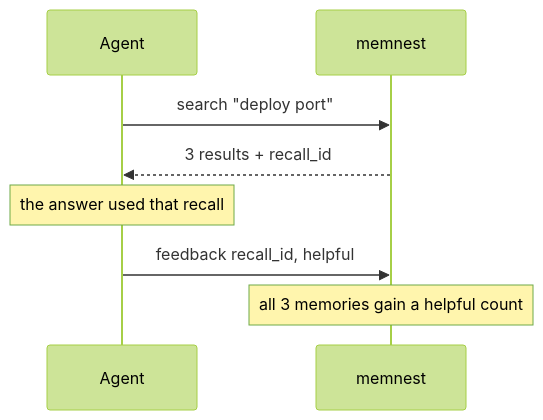
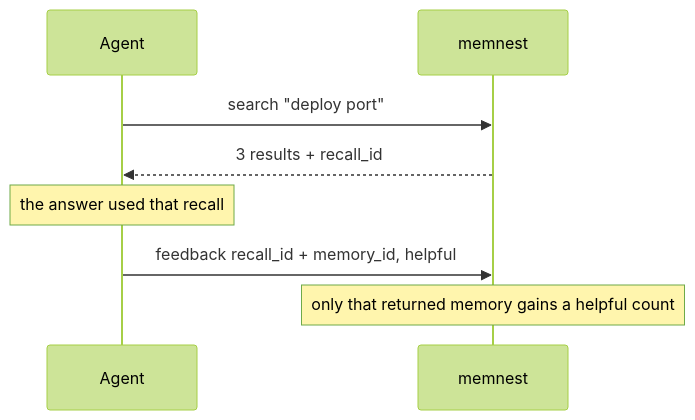
Before and after one commit to Blue-B/memnest: the first of 2 diagrams in README.md, drawn with Mermaid (forest theme). The commit also changed other lines of this file and 20 other files, not shown here.

````diff
--- a/README.md
+++ b/README.md
@@ -59,10 +59,10 @@
 ```mermaid
 sequenceDiagram
     participant Agent
     participant memnest
     Agent->>memnest: search "deploy port"
     memnest-->>Agent: 3 results + recall_id
     Note over Agent: the answer used that recall
-    Agent->>memnest: feedback recall_id, helpful
-    Note over memnest: all 3 memories gain a helpful count
+    Agent->>memnest: feedback recall_id + memory_id, helpful
+    Note over memnest: only that returned memory gains a helpful count
 ```
````
